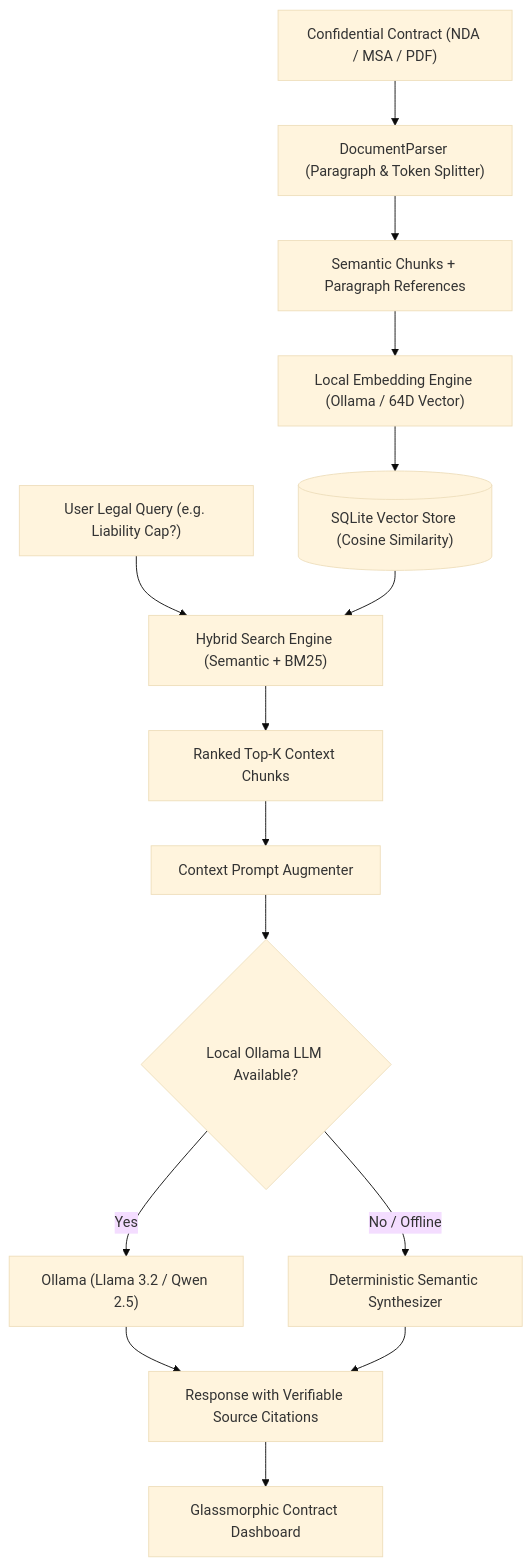
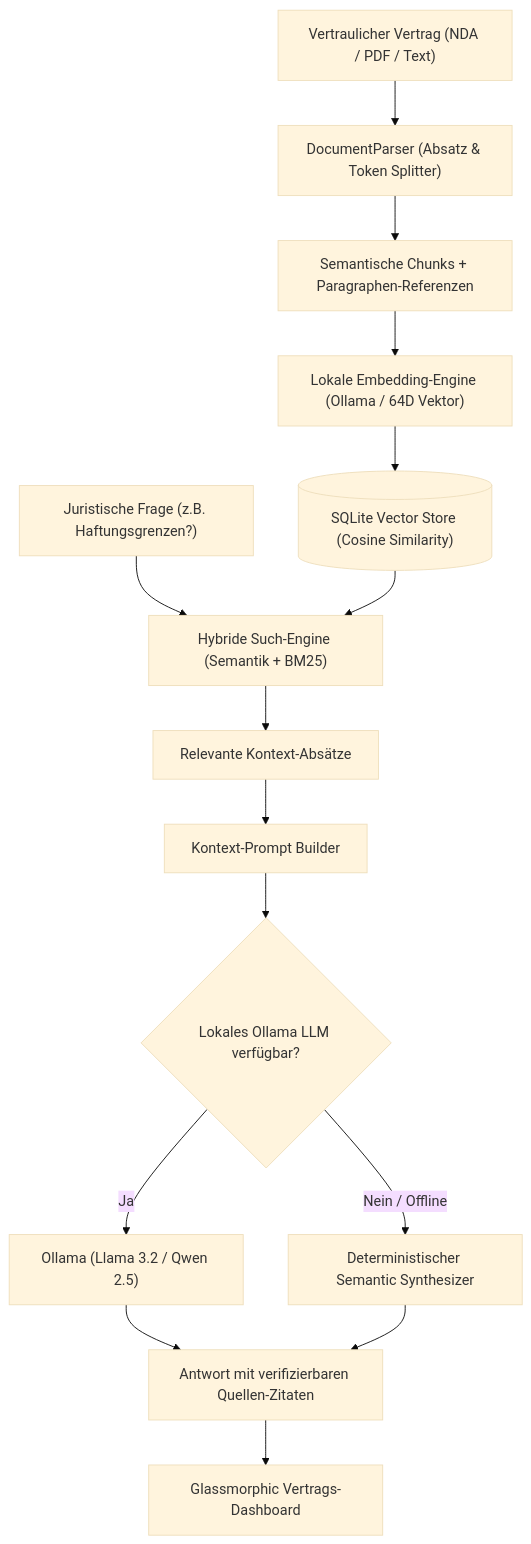
Before and after one commit to Tom7668h/local-rag-contract-hub: the diagram in README.md, drawn with Mermaid (base theme). The commit also changed other lines of this file, not shown here.

````diff
--- a/README.md
+++ b/README.md
@@ -32,18 +38,18 @@
 ```mermaid
 flowchart TD
-    Contract["Confidential Contract (NDA / MSA / PDF)"] --> Parser["DocumentParser (Paragraph & Token Splitter)"]
-    Parser --> Chunks["Semantic Chunks + Paragraph References"]
-    Chunks --> Embedder["Local Embedding Engine (Ollama / 64D Vector)"]
+    Contract["Vertraulicher Vertrag (NDA / PDF / Text)"] --> Parser["DocumentParser (Absatz & Token Splitter)"]
+    Parser --> Chunks["Semantische Chunks + Paragraphen-Referenzen"]
+    Chunks --> Embedder["Lokale Embedding-Engine (Ollama / 64D Vektor)"]
     Embedder --> VectorDB[("SQLite Vector Store (Cosine Similarity)")]
 
-    UserQuery["User Legal Query (e.g. Liability Cap?)"] --> HybridSearch["Hybrid Search Engine (Semantic + BM25)"]
+    UserQuery["Juristische Frage (z.B. Haftungsgrenzen?)"] --> HybridSearch["Hybride Such-Engine (Semantik + BM25)"]
     VectorDB --> HybridSearch
-    HybridSearch --> TopK["Ranked Top-K Context Chunks"]
-    TopK --> Augmenter["Context Prompt Augmenter"]
-    Augmenter --> LocalLLM{"Local Ollama LLM Available?"}
-    LocalLLM -->|Yes| Ollama["Ollama (Llama 3.2 / Qwen 2.5)"]
-    LocalLLM -->|No / Offline| Fallback["Deterministic Semantic Synthesizer"]
-    Ollama --> Response["Response with Verifiable Source Citations"]
+    HybridSearch --> TopK["Relevante Kontext-Absätze"]
+    TopK --> Augmenter["Kontext-Prompt Builder"]
+    Augmenter --> LocalLLM{"Lokales Ollama LLM verfügbar?"}
+    LocalLLM -->|Ja| Ollama["Ollama (Llama 3.2 / Qwen 2.5)"]
+    LocalLLM -->|Nein / Offline| Fallback["Deterministischer Semantic Synthesizer"]
+    Ollama --> Response["Antwort mit verifizierbaren Quellen-Zitaten"]
     Fallback --> Response
-    Response --> UI["Glassmorphic Contract Dashboard"]
+    Response --> UI["Glassmorphic Vertrags-Dashboard"]
 ```
````
